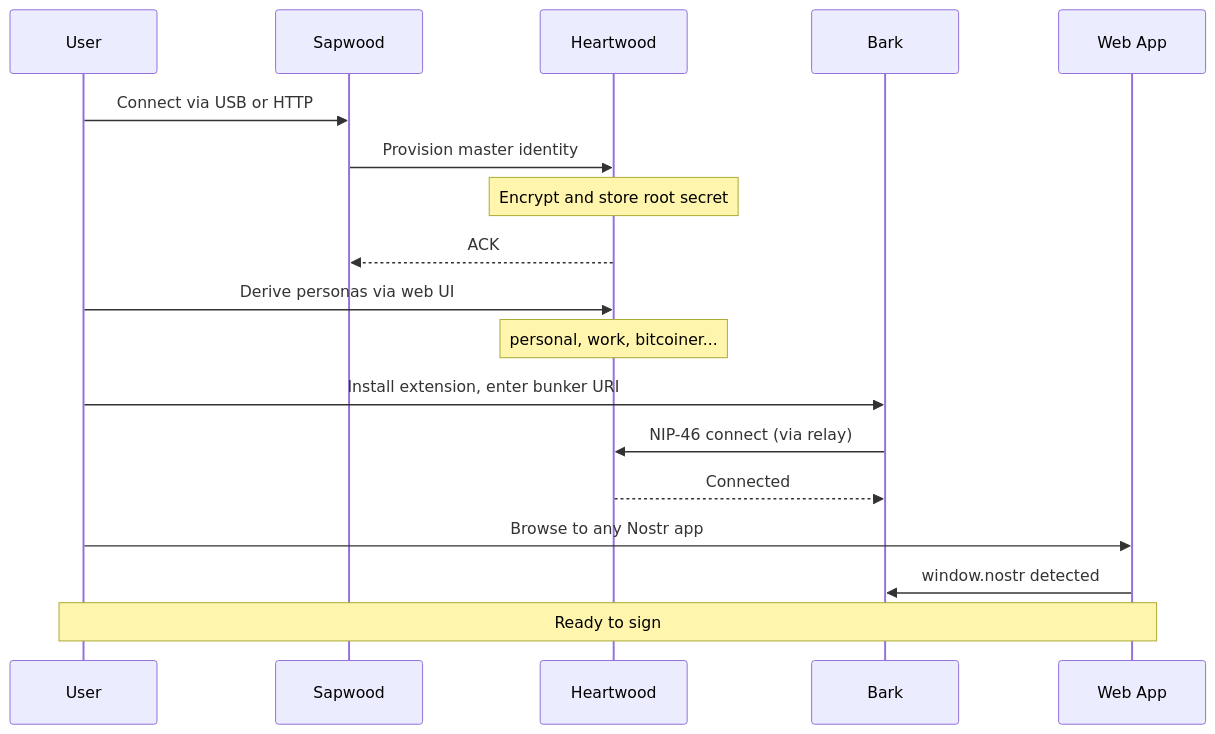
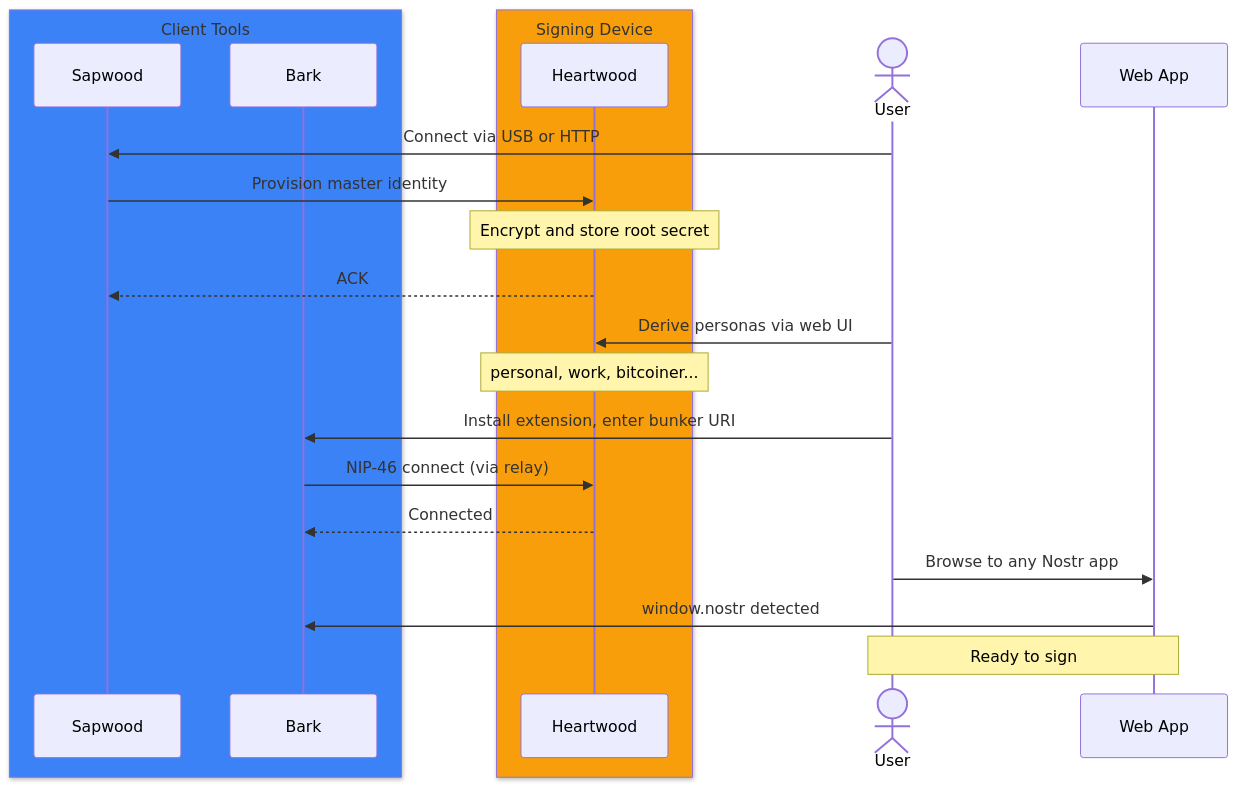
Before and after one commit to forgesworn/heartwood: the second of 6 diagrams in docs/ECOSYSTEM.md, drawn with Mermaid. The commit also changed other lines of this file, not shown here.

First line of the commit message:
style: add colour boxes to sequence diagrams

````diff
--- a/docs/ECOSYSTEM.md
+++ b/docs/ECOSYSTEM.md
@@ -62,24 +62,29 @@
 ```mermaid
 sequenceDiagram
-    participant U as User
-    participant S as Sapwood
-    participant HW as Heartwood
-    participant B as Bark
+    box rgb(59, 130, 246) Client Tools
+        participant S as Sapwood
+        participant B as Bark
+    end
+    box rgb(249, 158, 11) Signing Device
+        participant HW as Heartwood
+    end
+
+    actor U as User
     participant WA as Web App
 
     U->>S: Connect via USB or HTTP
     S->>HW: Provision master identity
     Note over HW: Encrypt and store root secret
     HW-->>S: ACK
 
     U->>HW: Derive personas via web UI
     Note over HW: personal, work, bitcoiner...
 
     U->>B: Install extension, enter bunker URI
     B->>HW: NIP-46 connect (via relay)
     HW-->>B: Connected
 
     U->>WA: Browse to any Nostr app
     WA->>B: window.nostr detected
     Note over U,WA: Ready to sign
 ```
````
